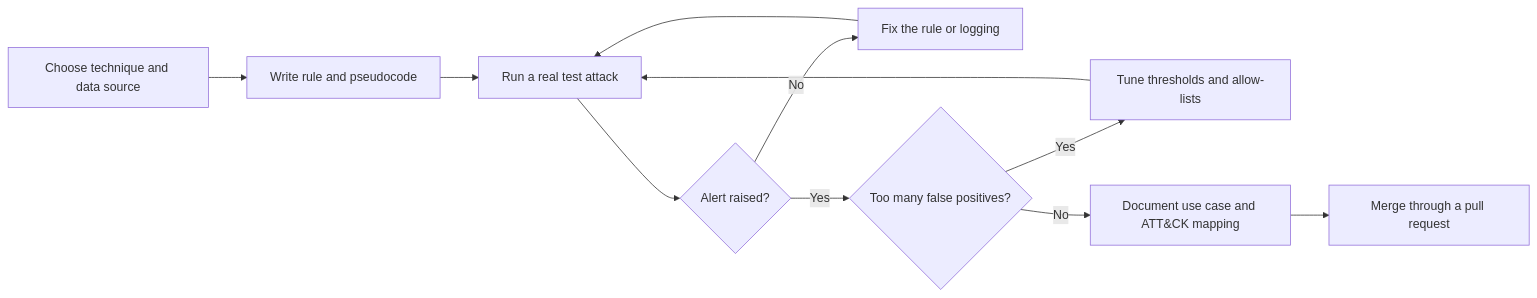
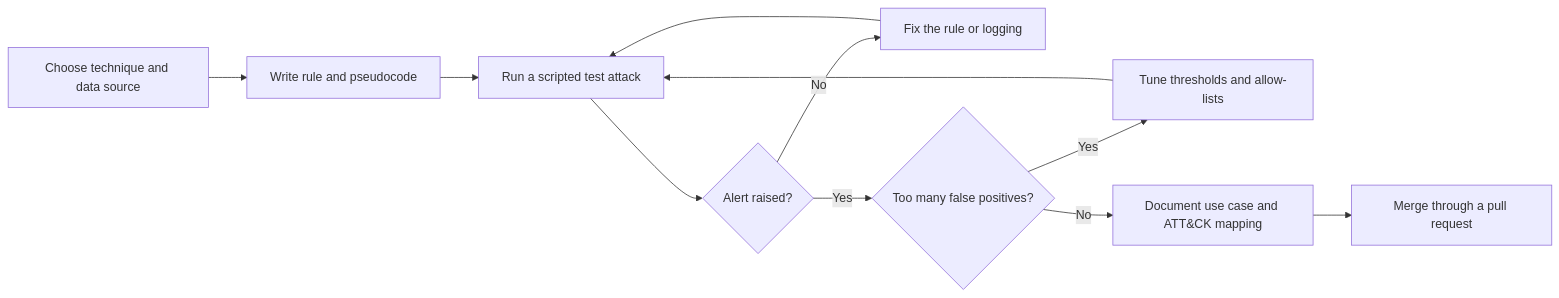
One commit to SalehAyman55/Project-4 changed the first of 7 diagrams in README.md. Above: the diagram before and after it, drawn with Mermaid. The commit also changed other lines of this file and 20 other files, not shown here.

First line of the commit message:
docs: restructure project, add README, diagrams and repo scaffolding

````diff
--- a/README.md
+++ b/README.md
@@ -208,13 +253,13 @@
 ```mermaid
 flowchart LR
   A["Choose technique and data source"] --> B["Write rule and pseudocode"]
-  B --> C["Run a real test attack"]
+  B --> C["Run a scripted test attack"]
   C --> D{"Alert raised?"}
   D -- No --> E["Fix the rule or logging"]
   E --> C
   D -- Yes --> F{"Too many false positives?"}
   F -- Yes --> G["Tune thresholds and allow-lists"]
   G --> C
   F -- No --> H["Document use case and ATT&CK mapping"]
   H --> I["Merge through a pull request"]
 ```
````
